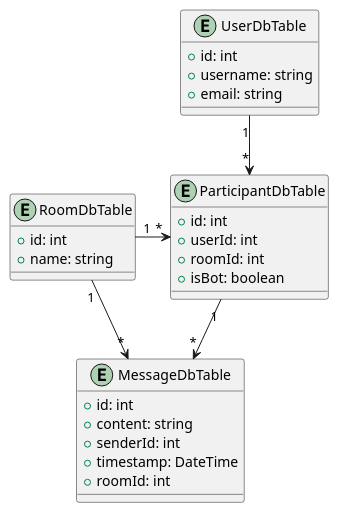
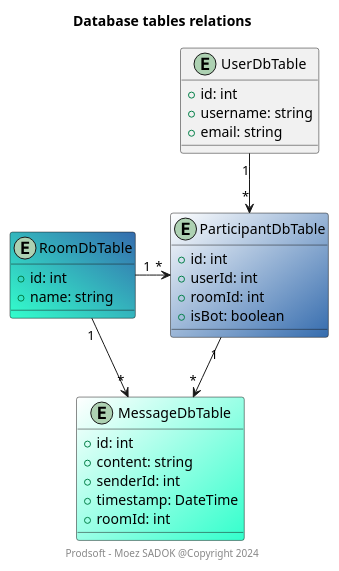
Before and after one commit to moez-sadok/chat-clean-architecture: the diagram in docs/design/db-relations-entities-digram.wsd, drawn with PlantUML. The commit also changed 32 other files, not shown here.

Commit message:
[Docs] enhance add diagrams and readme files v1

```diff
--- a/docs/design/db-relations-entities-digram.wsd
+++ b/docs/design/db-relations-entities-digram.wsd
@@ -1,33 +1,37 @@
 @startuml
+
+title Database tables relations 
+footer Prodsoft - Moez SADOK @Copyright 2024
+
 entity UserDbTable {
     +id: int
     +username: string
     +email: string
 }
 
-entity RoomDbTable {
+entity RoomDbTable #33FFCC\356CAE {
     +id: int
     +name: string
 }
 
-entity ParticipantDbTable {
+entity ParticipantDbTable  #White/356CAE {
     +id: int
     +userId: int
     +roomId: int
     +isBot: boolean
 }
 
-entity MessageDbTable {
+entity MessageDbTable #White/33FFCC {
     +id: int
     +content: string
     +senderId: int
     +timestamp: DateTime
     +roomId: int
 }
 
 RoomDbTable "1" -right-> "*" ParticipantDbTable
 ParticipantDbTable "1" --> "*" MessageDbTable
 RoomDbTable "1" --> "*" MessageDbTable 
 UserDbTable "1" --> "*" ParticipantDbTable
 
 @enduml
```
